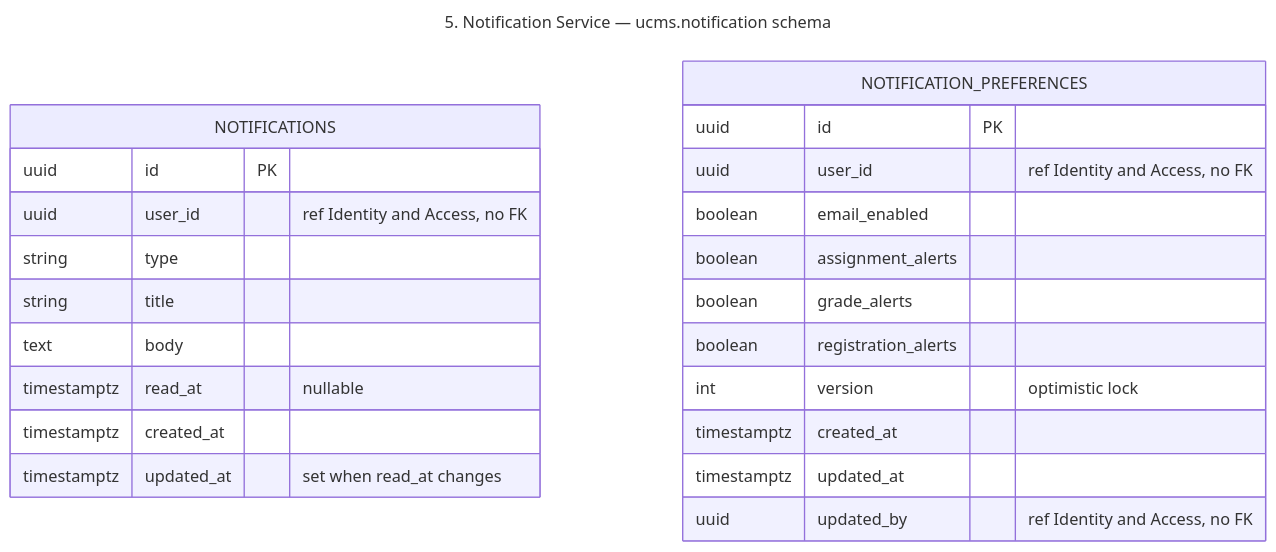
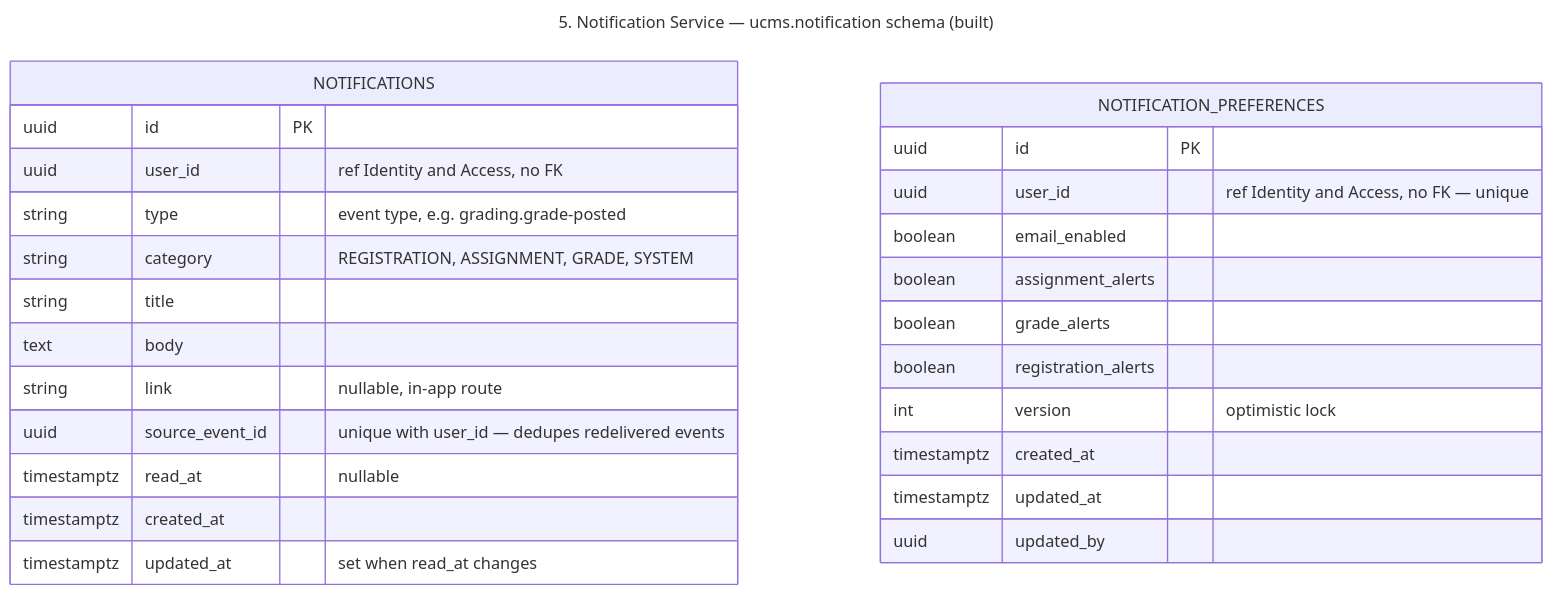
The diagram in docs/architecture/tables-05-notification.mmd (ESD-ONE/University-Course-Management-System), drawn with Mermaid before and after one commit. The commit also changed 543 other files, not shown here.

```diff
--- a/docs/architecture/tables-05-notification.mmd
+++ b/docs/architecture/tables-05-notification.mmd
@@ -1,26 +1,29 @@
 ---
-title: 5. Notification Service — ucms.notification schema
+title: 5. Notification Service — ucms.notification schema (built)
 ---
 erDiagram
     NOTIFICATIONS {
         uuid id PK
         uuid user_id "ref Identity and Access, no FK"
-        string type
+        string type "event type, e.g. grading.grade-posted"
+        string category "REGISTRATION, ASSIGNMENT, GRADE, SYSTEM"
         string title
         text body
+        string link "nullable, in-app route"
+        uuid source_event_id "unique with user_id — dedupes redelivered events"
         timestamptz read_at "nullable"
         timestamptz created_at
         timestamptz updated_at "set when read_at changes"
     }
     NOTIFICATION_PREFERENCES {
         uuid id PK
-        uuid user_id "ref Identity and Access, no FK"
+        uuid user_id "ref Identity and Access, no FK — unique"
         boolean email_enabled
         boolean assignment_alerts
         boolean grade_alerts
         boolean registration_alerts
         int version "optimistic lock"
         timestamptz created_at
         timestamptz updated_at
-        uuid updated_by "ref Identity and Access, no FK"
+        uuid updated_by
     }
```
